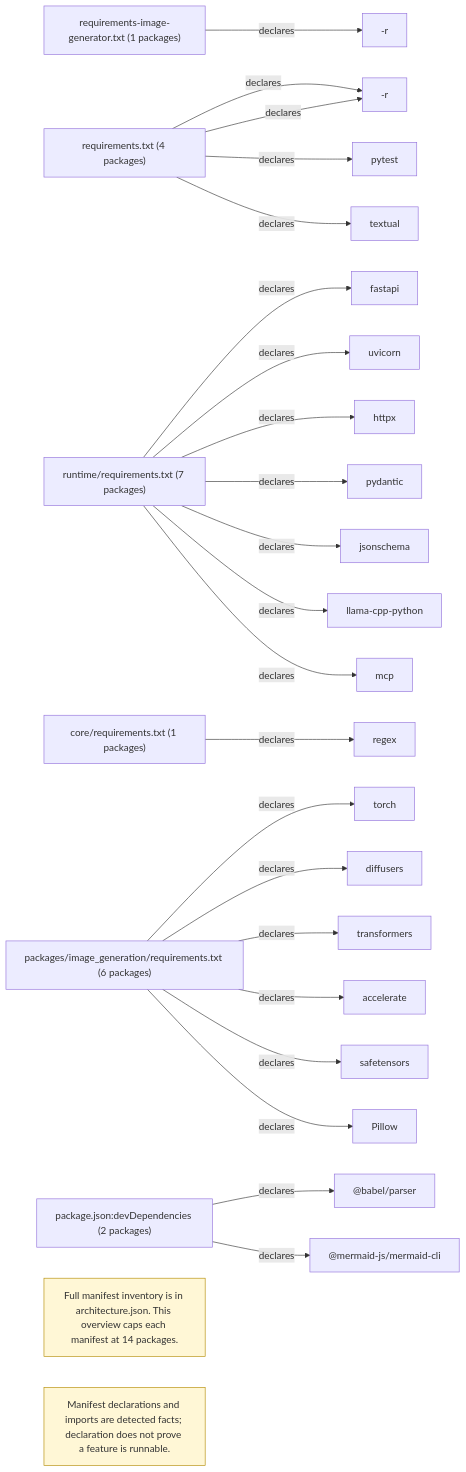
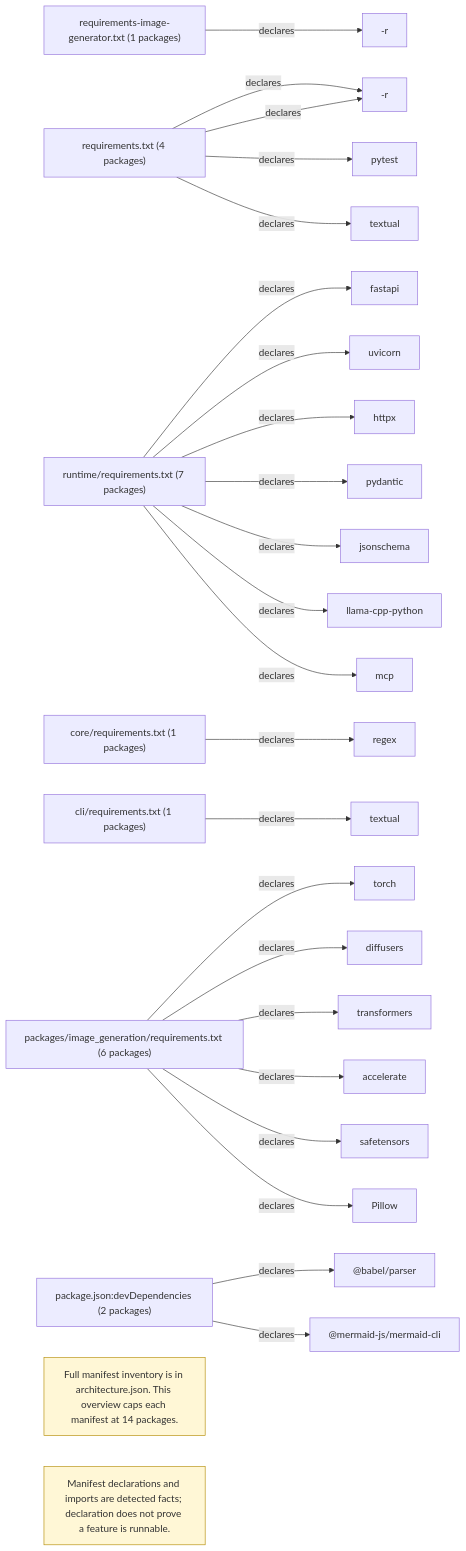
One commit to TheWildKaden/ArdvarkFood changed the diagram in docs/architecture/dependencies.mmd. Above: the diagram before and after it, drawn with Mermaid. The commit also changed 29 other files, not shown here.

```diff
--- a/docs/architecture/dependencies.mmd
+++ b/docs/architecture/dependencies.mmd
@@ -1,54 +1,57 @@
 flowchart LR
   manifest_requirements_image_generator_txt["requirements-image-generator.txt (1 packages)"]
   dep_requirements_image_generator_txt__r["-r"]
   manifest_requirements_txt["requirements.txt (4 packages)"]
   dep_requirements_txt__r["-r"]
   dep_requirements_txt__r["-r"]
   dep_requirements_txt_pytest["pytest"]
   dep_requirements_txt_textual["textual"]
   manifest_runtime_requirements_txt["runtime/requirements.txt (7 packages)"]
   dep_runtime_requirements_txt_fastapi["fastapi"]
   dep_runtime_requirements_txt_uvicorn["uvicorn"]
   dep_runtime_requirements_txt_httpx["httpx"]
   dep_runtime_requirements_txt_pydantic["pydantic"]
   dep_runtime_requirements_txt_jsonschema["jsonschema"]
   dep_runtime_requirements_txt_llama_cpp_python["llama-cpp-python"]
   dep_runtime_requirements_txt_mcp["mcp"]
   manifest_core_requirements_txt["core/requirements.txt (1 packages)"]
   dep_core_requirements_txt_regex["regex"]
+  manifest_cli_requirements_txt["cli/requirements.txt (1 packages)"]
+  dep_cli_requirements_txt_textual["textual"]
   manifest_packages_image_generation_requirements_txt["packages/image_generation/requirements.txt (6 packages)"]
   dep_packages_image_generation_requirements_txt_torch["torch"]
   dep_packages_image_generation_requirements_txt_diffusers["diffusers"]
   dep_packages_image_generation_requirements_txt_transformers["transformers"]
   dep_packages_image_generation_requirements_txt_accelerate["accelerate"]
   dep_packages_image_generation_requirements_txt_safetensors["safetensors"]
   dep_packages_image_generation_requirements_txt_Pillow["Pillow"]
   manifest_package_json_devDependencies["package.json:devDependencies (2 packages)"]
   dep_package_json_devDependencies__babel_parser["@babel/parser"]
   dep_package_json_devDependencies__mermaid_js_mermaid_cli["@mermaid-js/mermaid-cli"]
   manifest_requirements_image_generator_txt -->|"declares"| dep_requirements_image_generator_txt__r
   manifest_requirements_txt -->|"declares"| dep_requirements_txt__r
   manifest_requirements_txt -->|"declares"| dep_requirements_txt__r
   manifest_requirements_txt -->|"declares"| dep_requirements_txt_pytest
   manifest_requirements_txt -->|"declares"| dep_requirements_txt_textual
   manifest_runtime_requirements_txt -->|"declares"| dep_runtime_requirements_txt_fastapi
   manifest_runtime_requirements_txt -->|"declares"| dep_runtime_requirements_txt_uvicorn
   manifest_runtime_requirements_txt -->|"declares"| dep_runtime_requirements_txt_httpx
   manifest_runtime_requirements_txt -->|"declares"| dep_runtime_requirements_txt_pydantic
   manifest_runtime_requirements_txt -->|"declares"| dep_runtime_requirements_txt_jsonschema
   manifest_runtime_requirements_txt -->|"declares"| dep_runtime_requirements_txt_llama_cpp_python
   manifest_runtime_requirements_txt -->|"declares"| dep_runtime_requirements_txt_mcp
   manifest_core_requirements_txt -->|"declares"| dep_core_requirements_txt_regex
+  manifest_cli_requirements_txt -->|"declares"| dep_cli_requirements_txt_textual
   manifest_packages_image_generation_requirements_txt -->|"declares"| dep_packages_image_generation_requirements_txt_torch
   manifest_packages_image_generation_requirements_txt -->|"declares"| dep_packages_image_generation_requirements_txt_diffusers
   manifest_packages_image_generation_requirements_txt -->|"declares"| dep_packages_image_generation_requirements_txt_transformers
   manifest_packages_image_generation_requirements_txt -->|"declares"| dep_packages_image_generation_requirements_txt_accelerate
   manifest_packages_image_generation_requirements_txt -->|"declares"| dep_packages_image_generation_requirements_txt_safetensors
   manifest_packages_image_generation_requirements_txt -->|"declares"| dep_packages_image_generation_requirements_txt_Pillow
   manifest_package_json_devDependencies -->|"declares"| dep_package_json_devDependencies__babel_parser
   manifest_package_json_devDependencies -->|"declares"| dep_package_json_devDependencies__mermaid_js_mermaid_cli
   analysis_note_0["Full manifest inventory is in architecture.json. This overview caps each manifest at 14 packages."]
   class analysis_note_0 note
   analysis_note_1["Manifest declarations and imports are detected facts; declaration does not prove a feature is runnable."]
   class analysis_note_1 note
   classDef note fill:#fff7d6,stroke:#b38b00,color:#333
```
